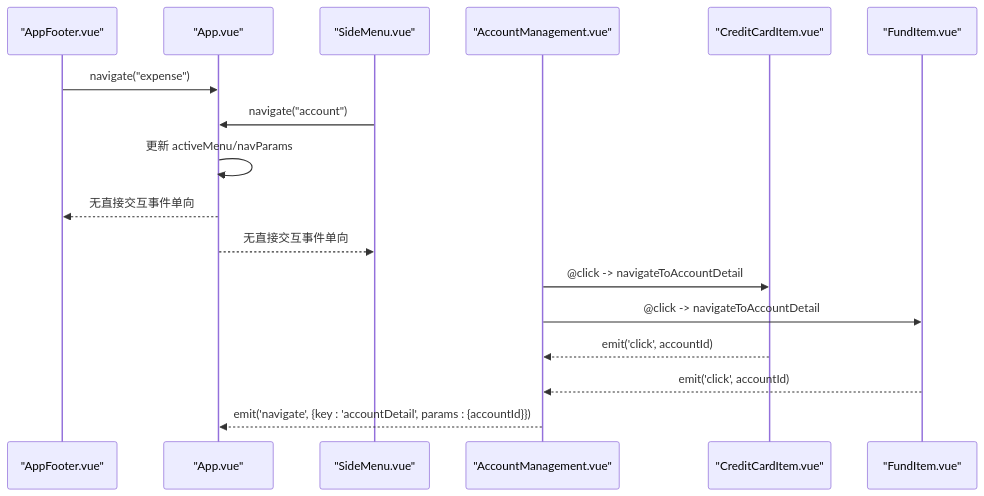
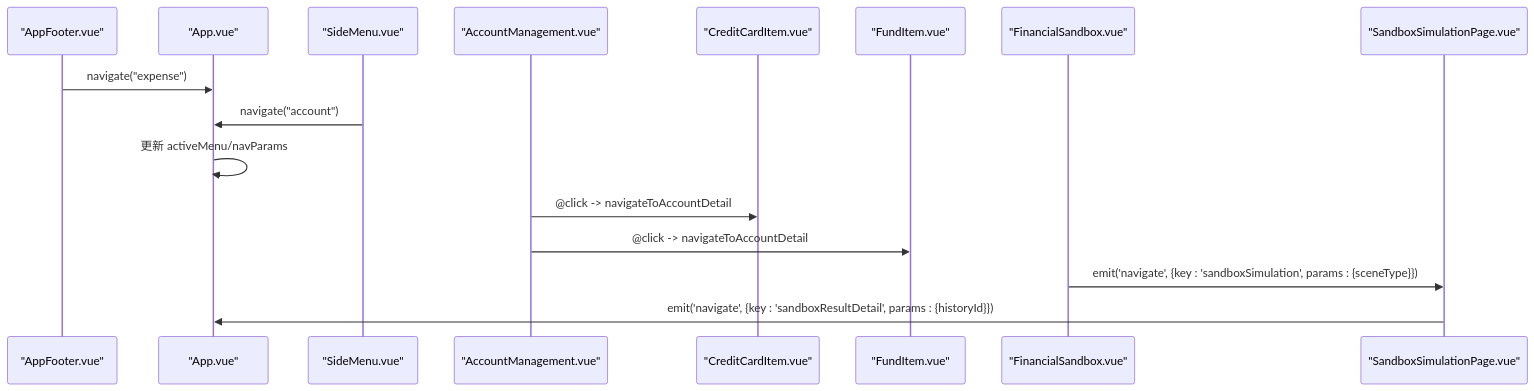
Before and after one commit to xiao-lin-unit/yuan: the fourth of 9 diagrams in .qoder/repowiki/zh/content/架构设计/组件通信机制.md, drawn with Mermaid. The commit also changed other lines of this file and 24 other files, not shown here.

````diff
--- a/.qoder/repowiki/zh/content/架构设计/组件通信机制.md
+++ b/.qoder/repowiki/zh/content/架构设计/组件通信机制.md
@@ -206,19 +249,18 @@
 ```mermaid
 sequenceDiagram
 participant Footer as "AppFooter.vue"
 participant App as "App.vue"
 participant Menu as "SideMenu.vue"
 participant AccMgr as "AccountManagement.vue"
 participant CardItem as "CreditCardItem.vue"
 participant FundItem as "FundItem.vue"
+participant Sandbox as "FinancialSandbox.vue"
+participant SimPage as "SandboxSimulationPage.vue"
 Footer->>App : navigate("expense")
 Menu->>App : navigate("account")
 App->>App : 更新 activeMenu/navParams
-App-->>Footer : 无直接交互事件单向
-App-->>Menu : 无直接交互事件单向
 AccMgr->>CardItem : @click -> navigateToAccountDetail
 AccMgr->>FundItem : @click -> navigateToAccountDetail
-CardItem-->>AccMgr : emit('click', accountId)
-FundItem-->>AccMgr : emit('click', accountId)
-AccMgr-->>App : emit('navigate', {key : 'accountDetail', params : {accountId}})
+Sandbox->>SimPage : emit('navigate', {key : 'sandboxSimulation', params : {sceneType}})
+SimPage->>App : emit('navigate', {key : 'sandboxResultDetail', params : {historyId}})
 ```
````
